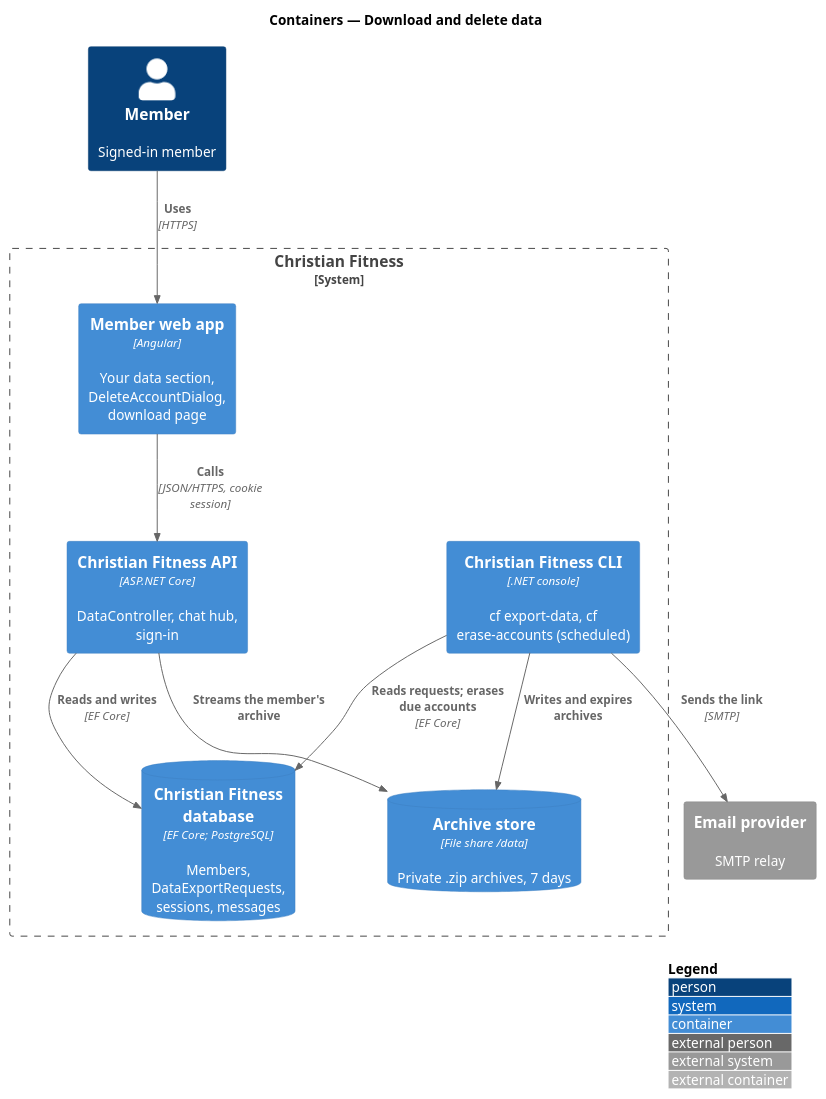
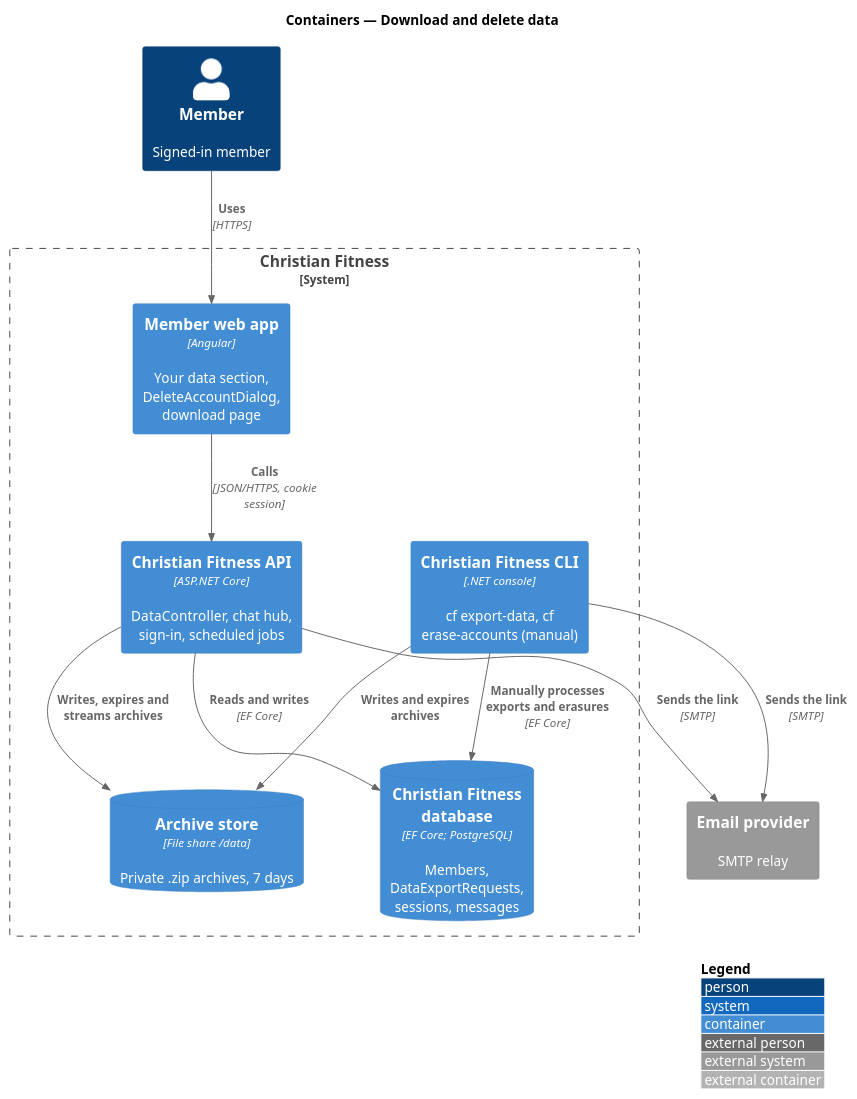
One commit to QuinntyneBrown/christian-fitness changed the diagram in docs/detailed-designs/preferences/download-and-delete-data/diagrams/c4-container.puml. Above: the diagram before and after it, drawn with PlantUML. The commit also changed 33 other files, not shown here.

```diff
--- a/docs/detailed-designs/preferences/download-and-delete-data/diagrams/c4-container.puml
+++ b/docs/detailed-designs/preferences/download-and-delete-data/diagrams/c4-container.puml
@@ -1,22 +1,23 @@
 @startuml
 !include <C4/C4_Container>
 LAYOUT_WITH_LEGEND()
 title Containers — Download and delete data
 
 Person(member, "Member", "Signed-in member")
 System_Boundary(cf, "Christian Fitness") {
   Container(web, "Member web app", "Angular", "Your data section, DeleteAccountDialog, download page")
-  Container(api, "Christian Fitness API", "ASP.NET Core", "DataController, chat hub, sign-in")
-  Container(cli, "Christian Fitness CLI", ".NET console", "cf export-data, cf erase-accounts (scheduled)")
+  Container(api, "Christian Fitness API", "ASP.NET Core", "DataController, chat hub, sign-in, scheduled jobs")
+  Container(cli, "Christian Fitness CLI", ".NET console", "cf export-data, cf erase-accounts (manual)")
   ContainerDb(db, "Christian Fitness database", "EF Core; PostgreSQL", "Members, DataExportRequests, sessions, messages")
   ContainerDb(files, "Archive store", "File share /data", "Private .zip archives, 7 days")
 }
 System_Ext(mail, "Email provider", "SMTP relay")
 Rel(member, web, "Uses", "HTTPS")
 Rel(web, api, "Calls", "JSON/HTTPS, cookie session")
 Rel(api, db, "Reads and writes", "EF Core")
-Rel(api, files, "Streams the member's archive")
-Rel(cli, db, "Reads requests; erases due accounts", "EF Core")
+Rel(api, files, "Writes, expires and streams archives")
+Rel(api, mail, "Sends the link", "SMTP")
+Rel(cli, db, "Manually processes exports and erasures", "EF Core")
 Rel(cli, files, "Writes and expires archives")
 Rel(cli, mail, "Sends the link", "SMTP")
 @enduml
```
